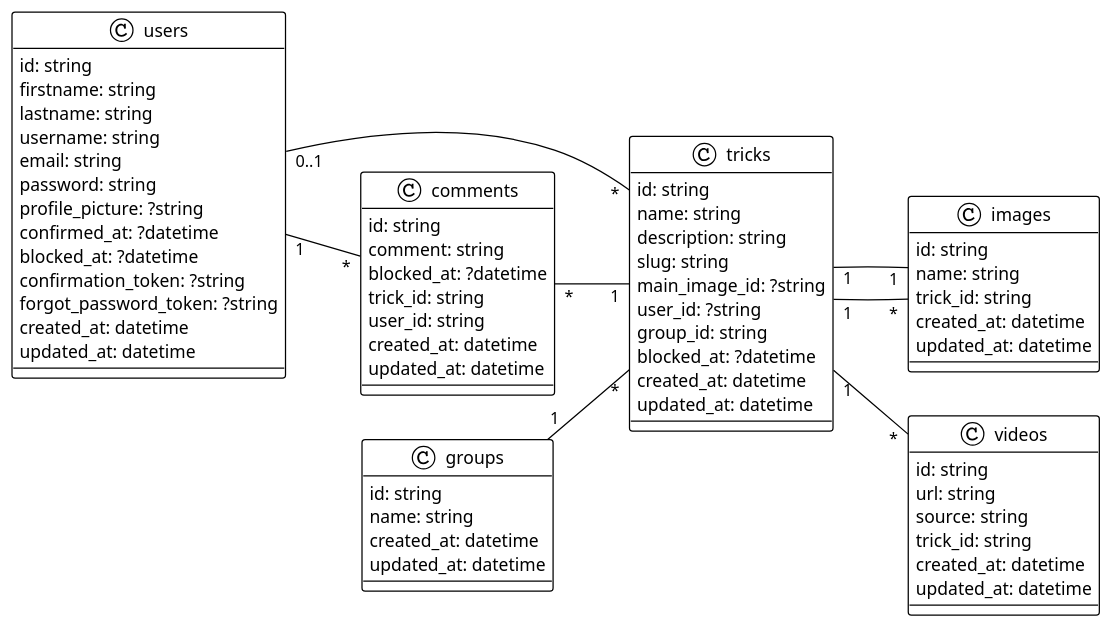
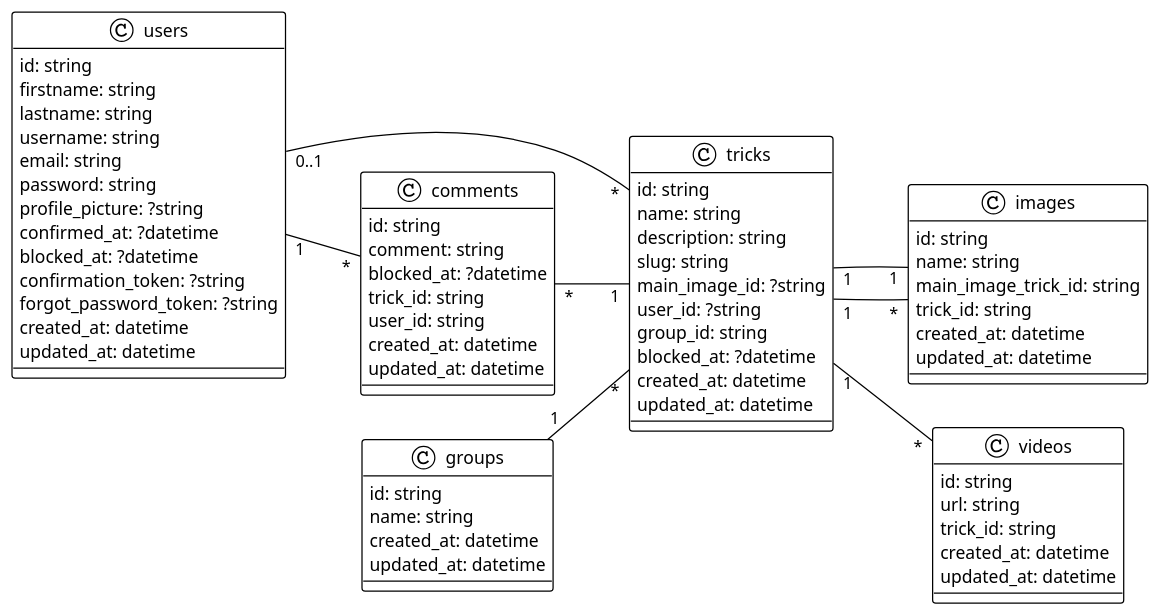
Before and after one commit to davy-beauzil/p6-snowtricks: the diagram in diagrammes/puml/ClassDiagram/class-diagram.puml, drawn with PlantUML. The commit also changed 27 other files, not shown here.

Commit message:
feat(diagrams): fix diagrams and conversion to PNG

```diff
--- a/diagrammes/puml/ClassDiagram/class-diagram.puml
+++ b/diagrammes/puml/ClassDiagram/class-diagram.puml
@@ -1,77 +1,77 @@
 @startuml
 
 !theme plain
 left to right direction
 
 class tricks {
     id: string
     name: string
     description: string
     slug: string
     main_image_id: ?string
     user_id: ?string
     group_id: string
     blocked_at: ?datetime
     created_at: datetime
     updated_at: datetime
 }
 
 class images {
     id: string
     name: string
+    main_image_trick_id: string
     trick_id: string
     created_at: datetime
     updated_at: datetime
 }
 
 class videos {
     id: string
     url: string
-    source: string
     trick_id: string
     created_at: datetime
     updated_at: datetime
 }
 
 class comments {
     id: string
     comment: string
     blocked_at: ?datetime
     trick_id: string
     user_id: string
     created_at: datetime
     updated_at: datetime
 }
 
 class groups {
     id: string
     name: string
     created_at: datetime
     updated_at: datetime
 }
 
 class users {
     id: string
     firstname: string
     lastname: string
     username: string
     email: string
     password: string
     profile_picture: ?string
     confirmed_at: ?datetime
     blocked_at: ?datetime
     confirmation_token: ?string
     forgot_password_token: ?string
     created_at: datetime
     updated_at: datetime
 }
 
 tricks "1" -- "*" images
 tricks "1" -- "1" images
 tricks "1" -- "*" videos
 groups "1" -- "*" tricks
 users "1" -- "*" comments
 comments "*" -- "1" tricks
 users "0..1" -- "*" tricks
 
 @enduml
```
